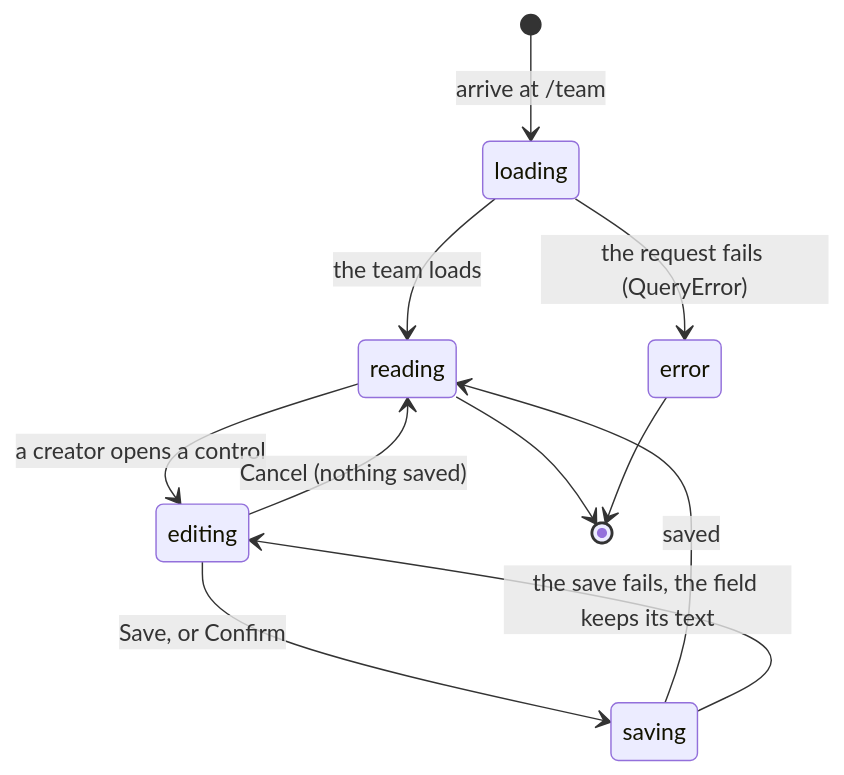
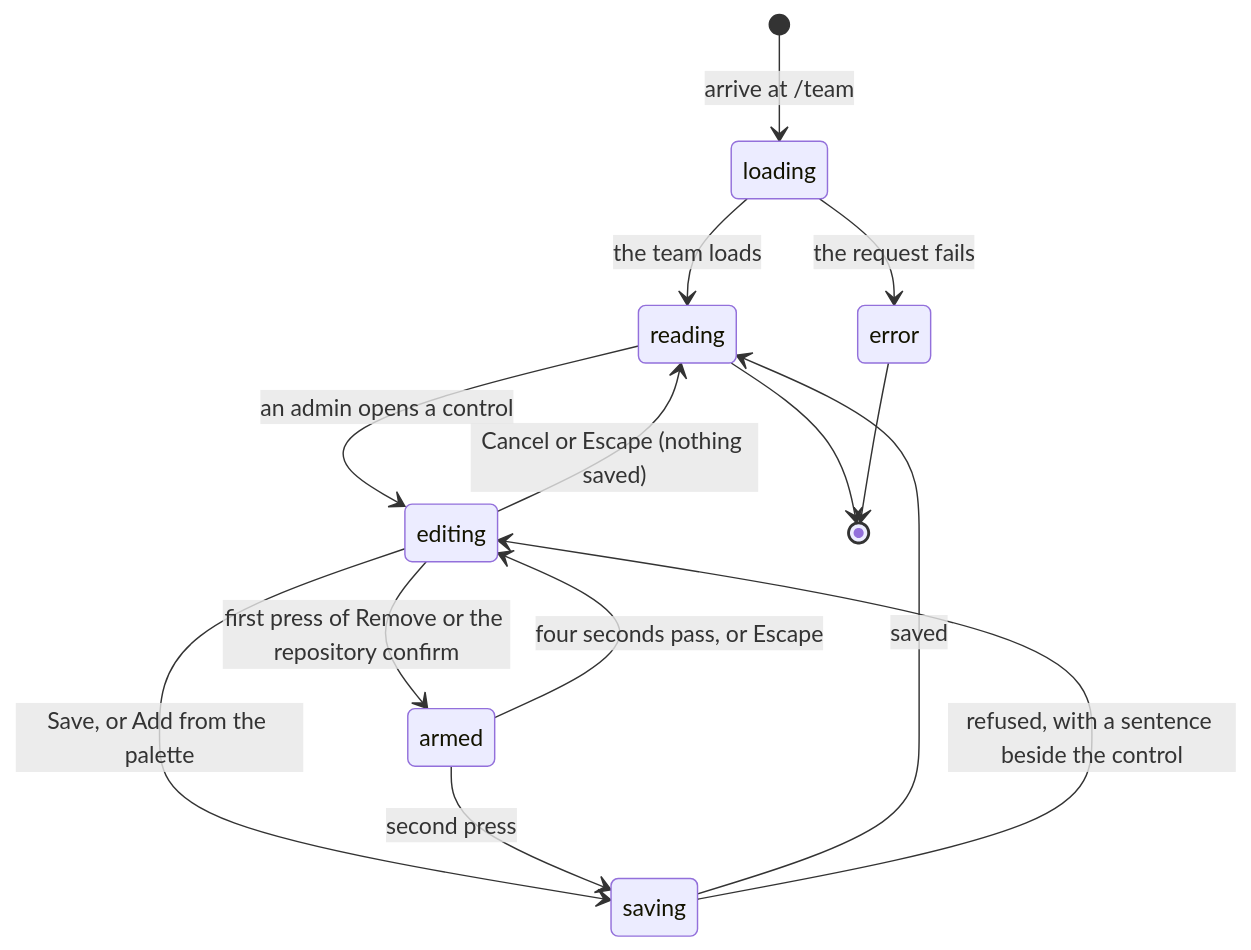
One commit to SamGu-NRX/CogPortal changed the diagram in docs/product-description/portal/the-team-page.md. Above: the diagram before and after it, drawn with Mermaid. The commit also changed other lines of this file and 41 other files, not shown here.

````diff
--- a/docs/product-description/portal/the-team-page.md
+++ b/docs/product-description/portal/the-team-page.md
@@ -23,13 +23,16 @@
 ```mermaid
 stateDiagram-v2
     [*] --> loading : arrive at /team
     loading --> reading : the team loads
-    loading --> error : the request fails (QueryError)
-    reading --> editing : a creator opens a control
-    editing --> reading : Cancel (nothing saved)
-    editing --> saving : Save, or Confirm
+    loading --> error : the request fails
+    reading --> editing : an admin opens a control
+    editing --> reading : Cancel or Escape (nothing saved)
+    editing --> armed : first press of Remove or the repository confirm
+    armed --> editing : four seconds pass, or Escape
+    editing --> saving : Save, or Add from the palette
+    armed --> saving : second press
     saving --> reading : saved
-    saving --> editing : the save fails, the field keeps its text
+    saving --> editing : refused, with a sentence beside the control
     reading --> [*]
     error --> [*]
 ```
````
